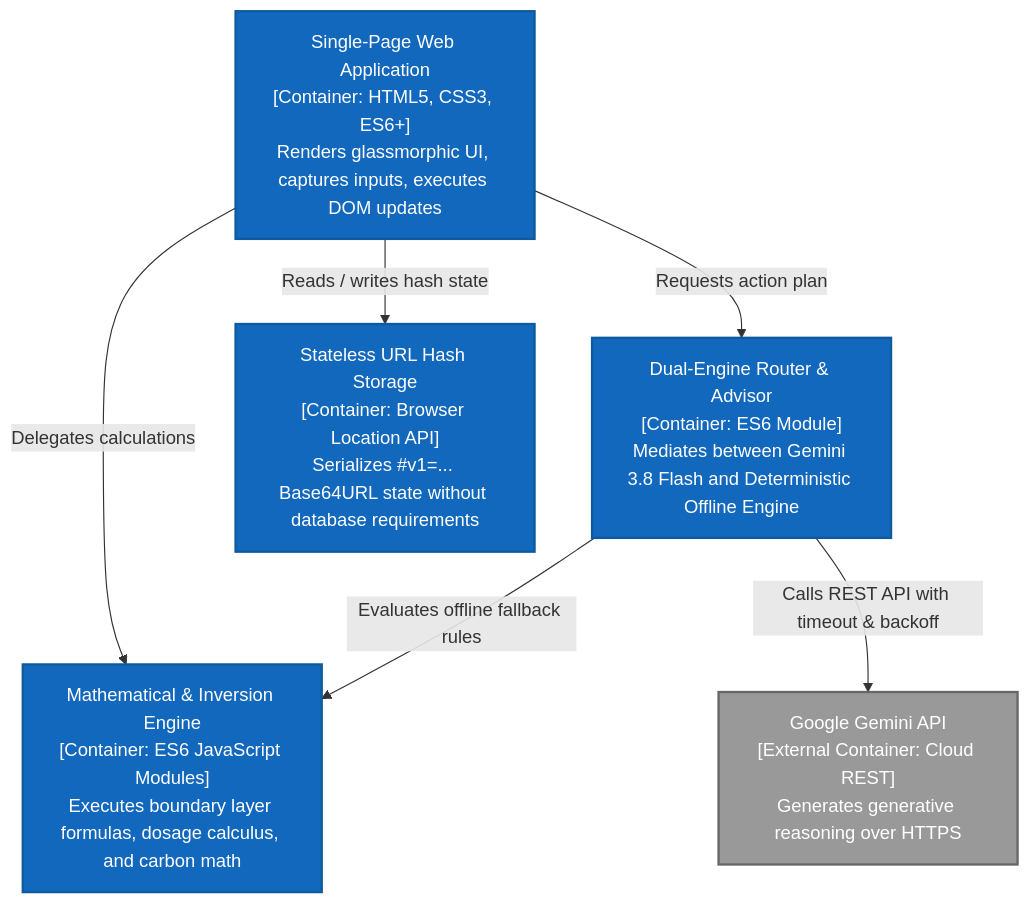
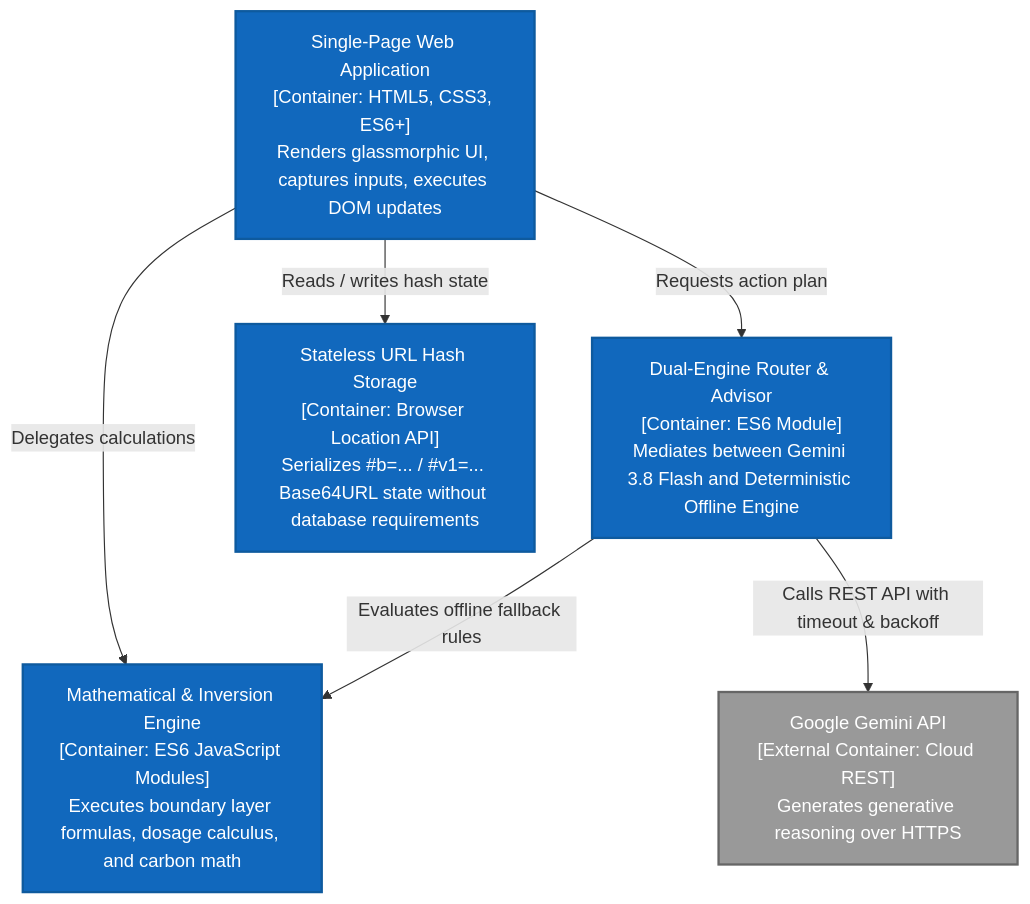
One commit to piyushmakhija28/prompt-war-challenge-6-clean-air-assistant changed the diagram in uml/02-container-diagram.mmd. Above: the diagram before and after it, drawn with Mermaid. The commit also changed 42 other files, not shown here.

Commit message:
docs(uml): synchronize doc-to-code gaps and generate full 14-diagram UML and Draw.io architecture suites (closes #1)

```diff
--- a/uml/02-container-diagram.mmd
+++ b/uml/02-container-diagram.mmd
@@ -1,16 +1,16 @@
 %% C4 Level 2: Container Diagram for CleanAir Guardian
 graph TD
     classDef container fill:#1168BD,stroke:#0E5A9E,stroke-width:2px,color:#FFF;
     classDef ext fill:#999999,stroke:#666666,stroke-width:2px,color:#FFF;
 
     SPA["Single-Page Web Application<br/>[Container: HTML5, CSS3, ES6+]<br/>Renders glassmorphic UI, captures inputs, executes DOM updates"]:::container
     MATH["Mathematical & Inversion Engine<br/>[Container: ES6 JavaScript Modules]<br/>Executes boundary layer formulas, dosage calculus, and carbon math"]:::container
     ROUTER["Dual-Engine Router & Advisor<br/>[Container: ES6 Module]<br/>Mediates between Gemini 3.8 Flash and Deterministic Offline Engine"]:::container
-    STATE["Stateless URL Hash Storage<br/>[Container: Browser Location API]<br/>Serializes #v1=... Base64URL state without database requirements"]:::container
+    STATE["Stateless URL Hash Storage<br/>[Container: Browser Location API]<br/>Serializes #b=... / #v1=... Base64URL state without database requirements"]:::container
     GEMINI["Google Gemini API<br/>[External Container: Cloud REST]<br/>Generates generative reasoning over HTTPS"]:::ext
 
     SPA -->|"Delegates calculations"| MATH
     SPA -->|"Requests action plan"| ROUTER
     SPA -->|"Reads / writes hash state"| STATE
     ROUTER -->|"Evaluates offline fallback rules"| MATH
     ROUTER -->|"Calls REST API with timeout & backoff"| GEMINI
```
